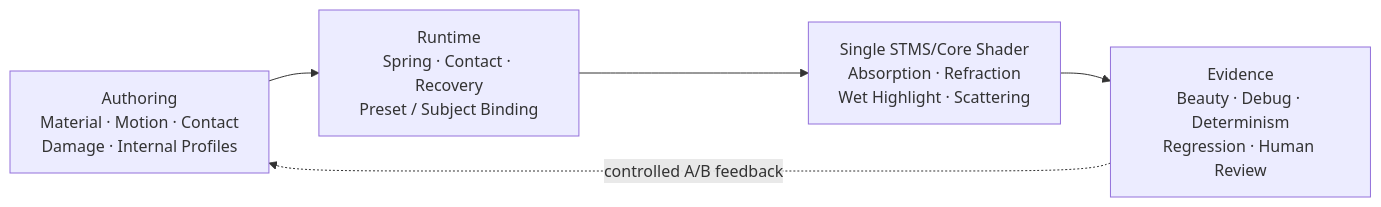
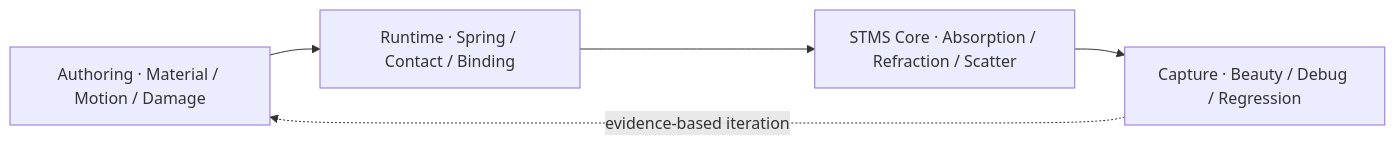
Before and after one commit to lilith-techart/SoftMatter-STMS: the diagram in README.md, drawn with Mermaid. The commit also changed other lines of this file, not shown here.

Commit message:
docs(portfolio): art-direct STMS homepage around authentic captures and clear research tracks

````diff
--- a/README.md
+++ b/README.md
@@ -105,9 +132,7 @@
-```mermaid
+~~~mermaid
 flowchart LR
-    P["Authoring<br/>Material · Motion · Contact<br/>Damage · Internal Profiles"]
-    R["Runtime<br/>Spring · Contact · Recovery<br/>Preset / Subject Binding"]
-    S["Single STMS/Core Shader<br/>Absorption · Refraction<br/>Wet Highlight · Scattering"]
-    E["Evidence<br/>Beauty · Debug · Determinism<br/>Regression · Human Review"]
-    P --> R --> S --> E
-    E -. "controlled A/B feedback" .-> P
-```
+    A["Authoring · Material / Motion / Damage"] --> B["Runtime · Spring / Contact / Binding"]
+    B --> C["STMS Core · Absorption / Refraction / Scatter"]
+    C --> D["Capture · Beauty / Debug / Regression"]
+    D -. "evidence-based iteration" .-> A
+~~~
````
